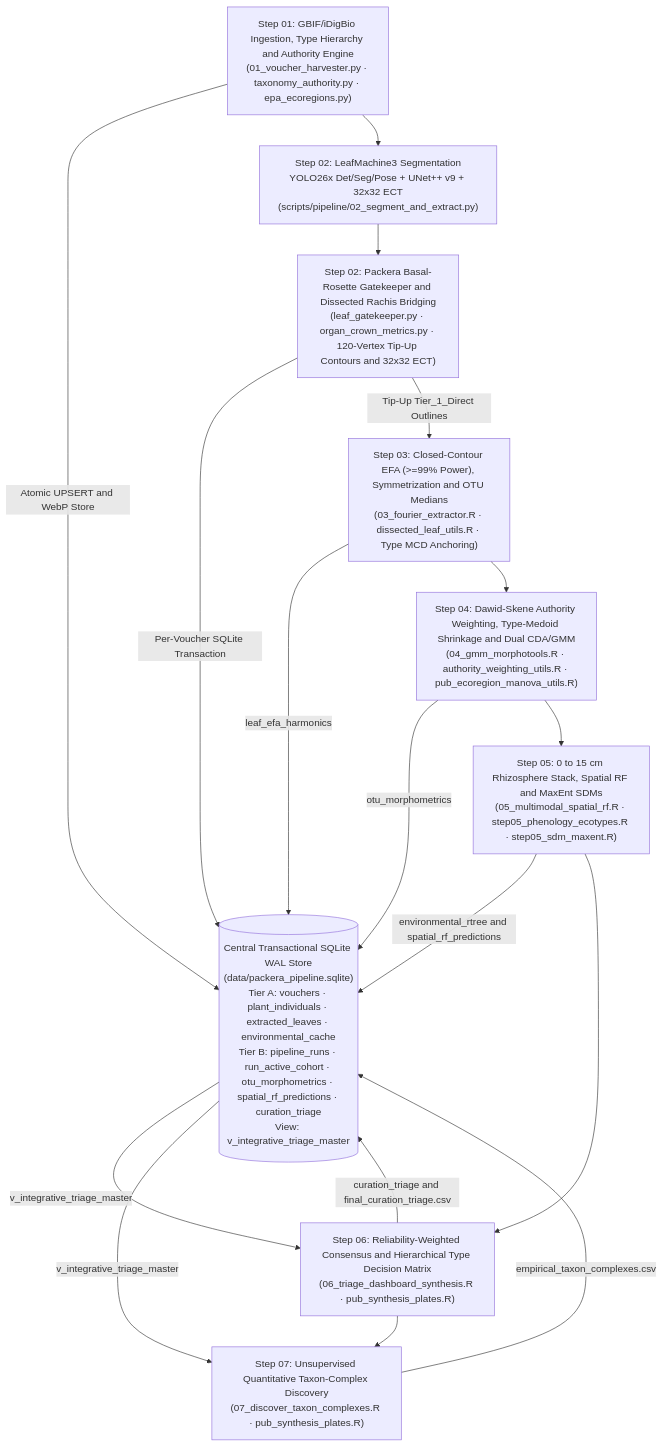
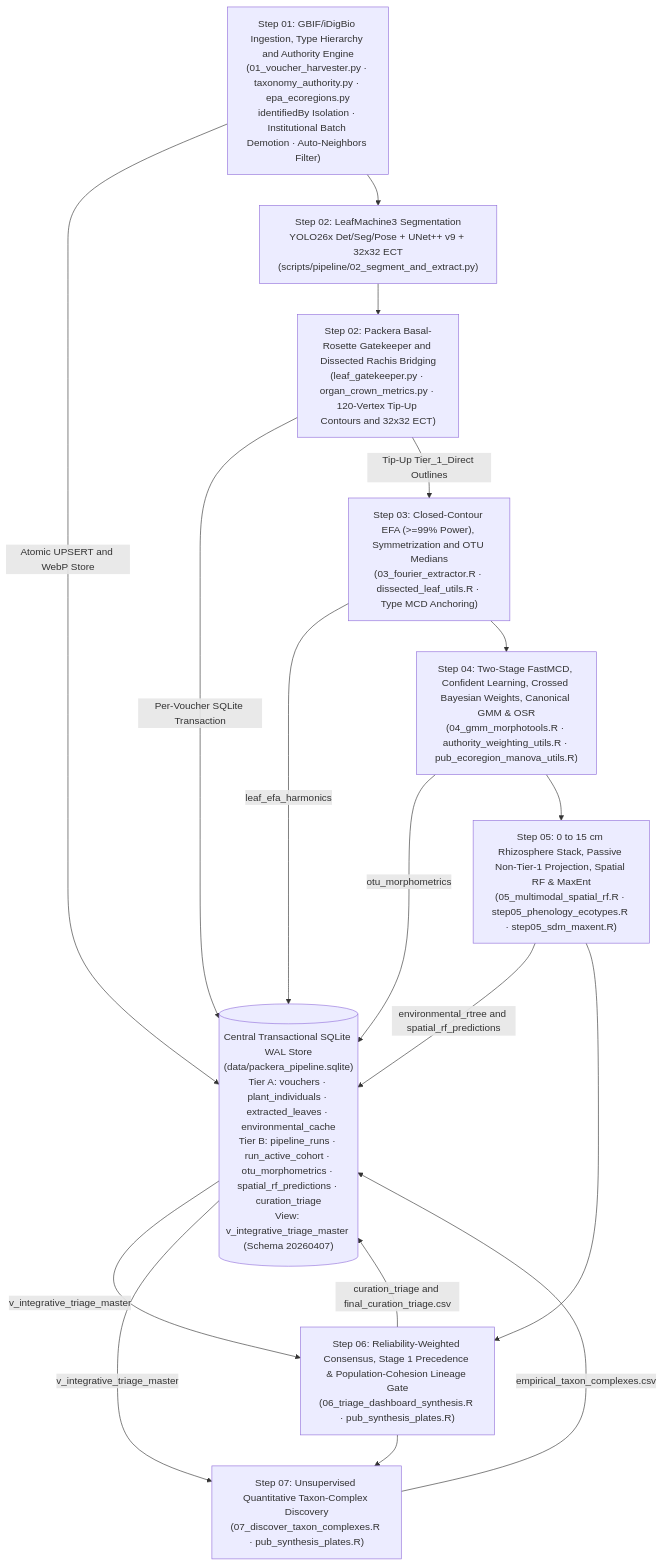
The diagram in README.md (Plantatsrophe/Packera_dubia_morphometrics), drawn with Mermaid before and after one commit. The commit also changed other lines of this file and 19 other files, not shown here.

Commit message:
feat: update schema, authority rules, and morphometric pipeline for packera morphometrics

````diff
--- a/README.md
+++ b/README.md
@@ -45,21 +45,21 @@
 ```mermaid
 flowchart TD
-    DB[("Central Transactional SQLite WAL Store\n(data/packera_pipeline.sqlite)\nTier A: vouchers · plant_individuals · extracted_leaves · environmental_cache\nTier B: pipeline_runs · run_active_cohort · otu_morphometrics · spatial_rf_predictions · curation_triage\nView: v_integrative_triage_master")]
+    DB[("Central Transactional SQLite WAL Store\n(data/packera_pipeline.sqlite)\nTier A: vouchers · plant_individuals · extracted_leaves · environmental_cache\nTier B: pipeline_runs · run_active_cohort · otu_morphometrics · spatial_rf_predictions · curation_triage\nView: v_integrative_triage_master (Schema 20260407)")]
 
-    B1["Step 01: GBIF/iDigBio Ingestion, Type Hierarchy and Authority Engine\n(01_voucher_harvester.py · taxonomy_authority.py · epa_ecoregions.py)"] -->|"Atomic UPSERT and WebP Store"| DB
+    B1["Step 01: GBIF/iDigBio Ingestion, Type Hierarchy and Authority Engine\n(01_voucher_harvester.py · taxonomy_authority.py · epa_ecoregions.py\nidentifiedBy Isolation · Institutional Batch Demotion · Auto-Neighbors Filter)"] -->|"Atomic UPSERT and WebP Store"| DB
     B1 --> S02["Step 02: LeafMachine3 Segmentation<br/>YOLO26x Det/Seg/Pose + UNet++ v9 + 32x32 ECT<br/>(scripts/pipeline/02_segment_and_extract.py)"]
     S02 --> B3["Step 02: Packera Basal-Rosette Gatekeeper and Dissected Rachis Bridging\n(leaf_gatekeeper.py · organ_crown_metrics.py · 120-Vertex Tip-Up Contours and 32x32 ECT)"]
     B3 -->|"Per-Voucher SQLite Transaction"| DB
     B3 -->|"Tip-Up Tier_1_Direct Outlines"| B4["Step 03: Closed-Contour EFA (>=99% Power), Symmetrization and OTU Medians\n(03_fourier_extractor.R · dissected_leaf_utils.R · Type MCD Anchoring)"]
     B4 -->|"leaf_efa_harmonics"| DB
-    B4 --> B5["Step 04: Dawid-Skene Authority Weighting, Type-Medoid Shrinkage and Dual CDA/GMM\n(04_gmm_morphotools.R · authority_weighting_utils.R · pub_ecoregion_manova_utils.R)"]
+    B4 --> B5["Step 04: Two-Stage FastMCD, Confident Learning, Crossed Bayesian Weights, Canonical GMM & OSR\n(04_gmm_morphotools.R · authority_weighting_utils.R · pub_ecoregion_manova_utils.R)"]
     B5 -->|"otu_morphometrics"| DB
-    B5 --> B6["Step 05: 0 to 15 cm Rhizosphere Stack, Spatial RF and MaxEnt SDMs\n(05_multimodal_spatial_rf.R · step05_phenology_ecotypes.R · step05_sdm_maxent.R)"]
+    B5 --> B6["Step 05: 0 to 15 cm Rhizosphere Stack, Passive Non-Tier-1 Projection, Spatial RF & MaxEnt\n(05_multimodal_spatial_rf.R · step05_phenology_ecotypes.R · step05_sdm_maxent.R)"]
     B6 -->|"environmental_rtree and spatial_rf_predictions"| DB
-    B6 --> B7["Step 06: Reliability-Weighted Consensus and Hierarchical Type Decision Matrix\n(06_triage_dashboard_synthesis.R · pub_synthesis_plates.R)"]
+    B6 --> B7["Step 06: Reliability-Weighted Consensus, Stage 1 Precedence & Population-Cohesion Lineage Gate\n(06_triage_dashboard_synthesis.R · pub_synthesis_plates.R)"]
     DB -->|"v_integrative_triage_master"| B7
     B7 -->|"curation_triage and final_curation_triage.csv"| DB
     B7 --> B8["Step 07: Unsupervised Quantitative Taxon-Complex Discovery\n(07_discover_taxon_complexes.R · pub_synthesis_plates.R)"]
     DB -->|"v_integrative_triage_master"| B8
     B8 -->|"empirical_taxon_complexes.csv"| DB
 ```
````
